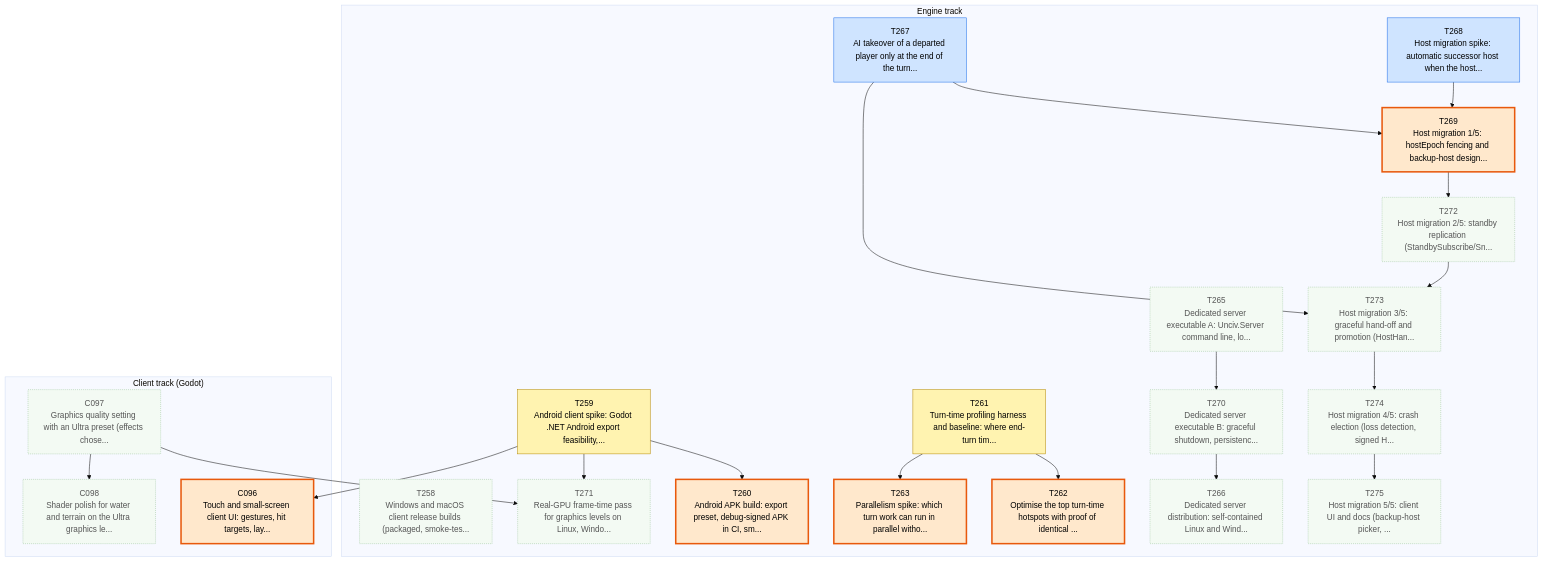
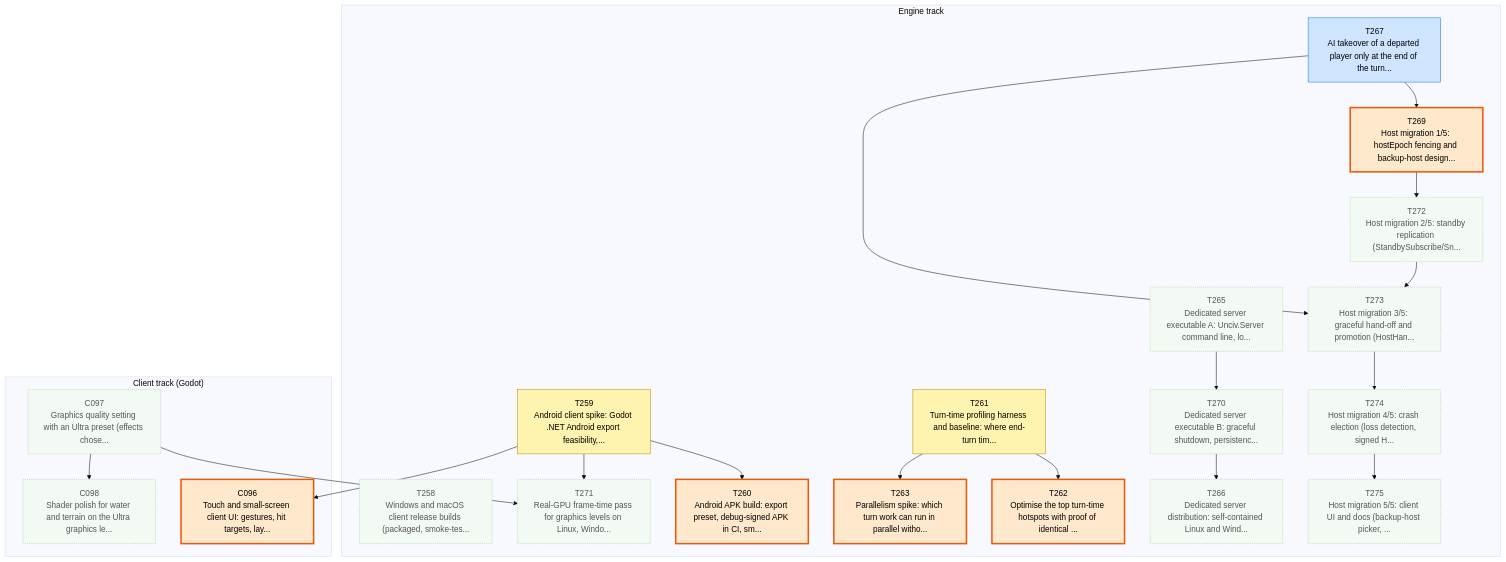
One commit to Kenmura/Unciv changed the first of 3 diagrams in csharp/migration/DEPENDENCY_MAP.md. Above: the diagram before and after it, drawn with Mermaid (base theme). The commit also changed other lines of this file and 1 other file, not shown here.

Commit message:
migration: review T268 pass [Adversarial Review]

````diff
--- a/csharp/migration/DEPENDENCY_MAP.md
+++ b/csharp/migration/DEPENDENCY_MAP.md
@@ -35,70 +35,67 @@
 ```mermaid
 flowchart TD
   subgraph TTRACK["Engine track"]
     T258["T258<br/>Windows and macOS client release builds (packaged, smoke-tes..."]
     T259["T259<br/>Android client spike: Godot .NET Android export feasibility,..."]
     T260["T260<br/>Android APK build: export preset, debug-signed APK in CI, sm..."]
     T261["T261<br/>Turn-time profiling harness and baseline: where end-turn tim..."]
     T262["T262<br/>Optimise the top turn-time hotspots with proof of identical ..."]
     T263["T263<br/>Parallelism spike: which turn work can run in parallel witho..."]
     T265["T265<br/>Dedicated server executable A: Unciv.Server command line, lo..."]
     T266["T266<br/>Dedicated server distribution: self-contained Linux and Wind..."]
     T267["T267<br/>AI takeover of a departed player only at the end of the turn..."]
-    T268["T268<br/>Host migration spike: automatic successor host when the host..."]
     T269["T269<br/>Host migration 1/5: hostEpoch fencing and backup-host design..."]
     T270["T270<br/>Dedicated server executable B: graceful shutdown, persistenc..."]
     T271["T271<br/>Real-GPU frame-time pass for graphics levels on Linux, Windo..."]
     T272["T272<br/>Host migration 2/5: standby replication (StandbySubscribe/Sn..."]
     T273["T273<br/>Host migration 3/5: graceful hand-off and promotion (HostHan..."]
     T274["T274<br/>Host migration 4/5: crash election (loss detection, signed H..."]
     T275["T275<br/>Host migration 5/5: client UI and docs (backup-host picker, ..."]
   end
   subgraph CTRACK["Client track (Godot)"]
     C096["C096<br/>Touch and small-screen client UI: gestures, hit targets, lay..."]
     C097["C097<br/>Graphics quality setting with an Ultra preset (effects chose..."]
     C098["C098<br/>Shader polish for water and terrain on the Ultra graphics le..."]
   end
   T259 --> T260
   T261 --> T262
   T261 --> T263
   T270 --> T266
-  T268 --> T269
   T267 --> T269
   T265 --> T270
   T259 --> T271
   C097 --> T271
   T269 --> T272
   T272 --> T273
   T267 --> T273
   T273 --> T274
   T274 --> T275
   T259 --> C096
   C097 --> C098
   classDef waiting fill:#f3faf3,stroke:#9bc49b,color:#555,stroke-dasharray:2 2
   classDef ondeck fill:#ffe8cc,stroke:#e8590c,stroke-width:3px,color:#000
   classDef ready fill:#7ee787,stroke:#1a7f37,stroke-width:3px,color:#000
   classDef prog fill:#fff3b0,stroke:#b58900,color:#000
   classDef review fill:#cfe4ff,stroke:#1f6feb,color:#000
   classDef blocked fill:#ffd6d6,stroke:#c62828,color:#000
   classDef done fill:#eeeeee,stroke:#999999,color:#666,stroke-dasharray:4 3
   class C096 ondeck
   class C097 waiting
   class C098 waiting
   class T258 waiting
   class T259 prog
   class T260 ondeck
   class T261 prog
   class T262 ondeck
   class T263 ondeck
   class T265 waiting
   class T266 waiting
   class T267 review
-  class T268 review
   class T269 ondeck
   class T270 waiting
   class T271 waiting
   class T272 waiting
   class T273 waiting
   class T274 waiting
   class T275 waiting
 ```
````
